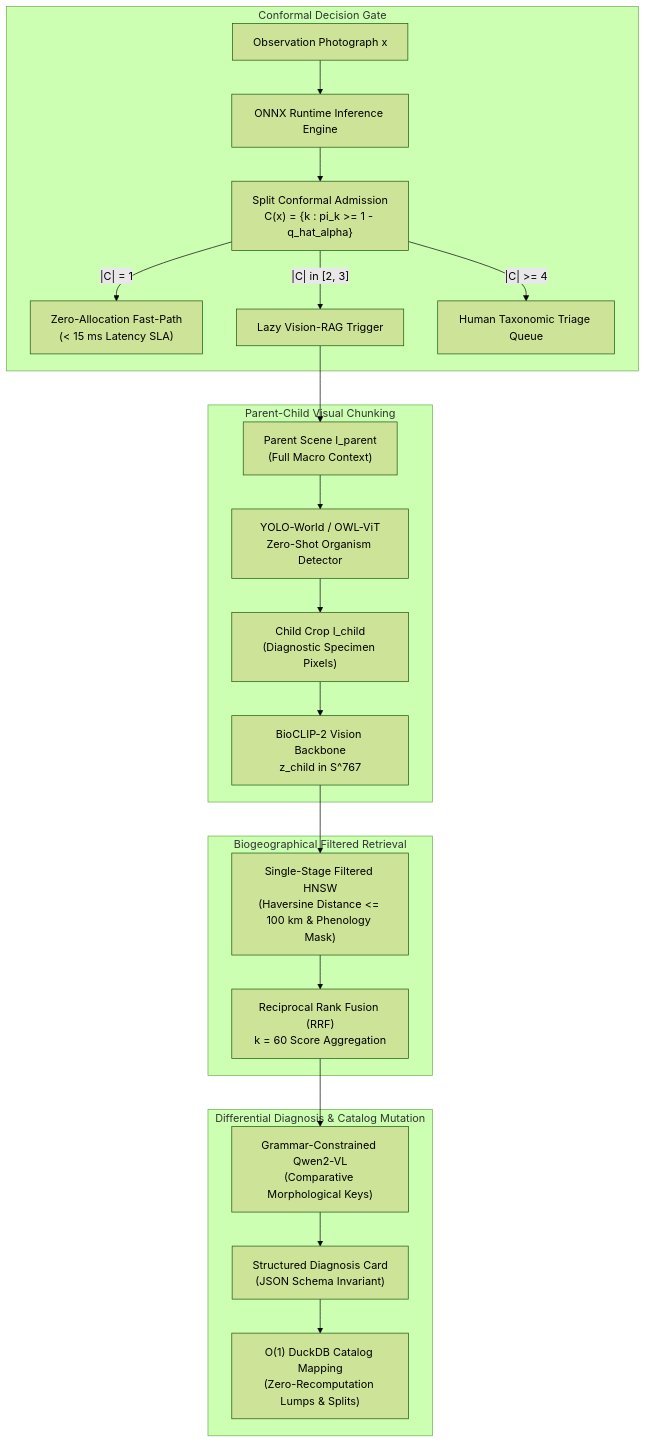
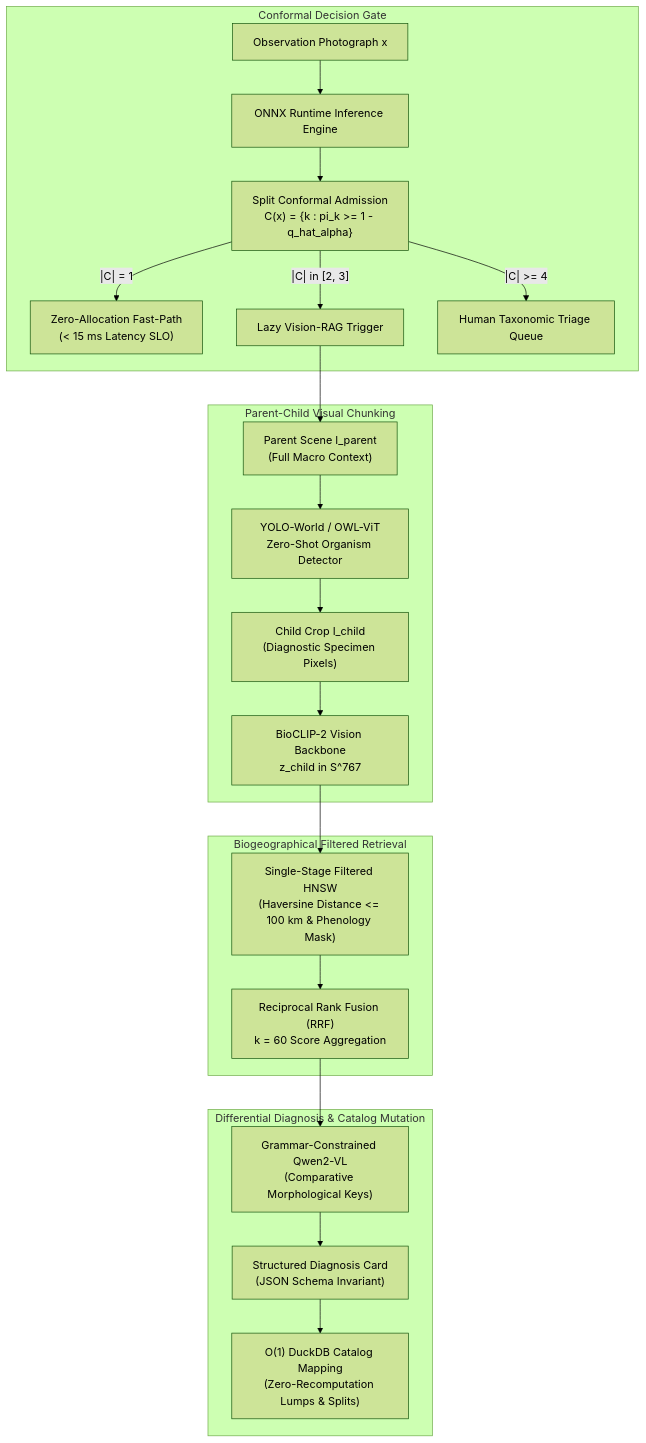
The diagram in docs/uncertainty_and_safety/mmkg_and_vision_rag.md (foersben/taxon-vision-mlops), drawn with Mermaid (forest theme) before and after one commit. The commit also changed other lines of this file and 52 other files, not shown here.

First line of the commit message:
refactor(governance): adjust SLA nomenclature to Service Level Objective (SLO) across codebase

````diff
--- a/docs/uncertainty_and_safety/mmkg_and_vision_rag.md
+++ b/docs/uncertainty_and_safety/mmkg_and_vision_rag.md
@@ -23,28 +23,28 @@
 ```mermaid
 flowchart TD
     subgraph S1["Conformal Decision Gate"]
         X["Observation Photograph x"] --> ENGINE["ONNX Runtime Inference Engine"]
         ENGINE --> CONF["Split Conformal Admission<br/>C(x) = {k : pi_k >= 1 - q_hat_alpha}"]
-        CONF -->|"|C| = 1"| FAST["Zero-Allocation Fast-Path<br/>(< 15 ms Latency SLA)"]
+        CONF -->|"|C| = 1"| FAST["Zero-Allocation Fast-Path<br/>(< 15 ms Latency SLO)"]
         CONF -->|"|C| in [2, 3]"| RAG["Lazy Vision-RAG Trigger"]
         CONF -->|"|C| >= 4"| HUMAN["Human Taxonomic Triage Queue"]
     end
 
     subgraph S2["Parent-Child Visual Chunking"]
         RAG --> IPAR["Parent Scene I_parent<br/>(Full Macro Context)"]
         IPAR --> DET["YOLO-World / OWL-ViT<br/>Zero-Shot Organism Detector"]
         DET --> ICHILD["Child Crop I_child<br/>(Diagnostic Specimen Pixels)"]
         ICHILD --> EMB["BioCLIP-2 Vision Backbone<br/>z_child in S^767"]
     end
 
     subgraph S3["Biogeographical Filtered Retrieval"]
         EMB --> HNSW["Single-Stage Filtered HNSW<br/>(Haversine Distance <= 100 km & Phenology Mask)"]
         HNSW --> RRF["Reciprocal Rank Fusion (RRF)<br/>k = 60 Score Aggregation"]
     end
 
     subgraph S4["Differential Diagnosis & Catalog Mutation"]
         RRF --> VLM["Grammar-Constrained Qwen2-VL<br/>(Comparative Morphological Keys)"]
         VLM --> CARD["Structured Diagnosis Card<br/>(JSON Schema Invariant)"]
         CARD --> DUCK["O(1) DuckDB Catalog Mapping<br/>(Zero-Recomputation Lumps & Splits)"]
     end
 ```
````
